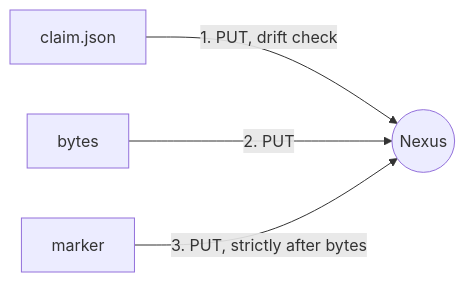
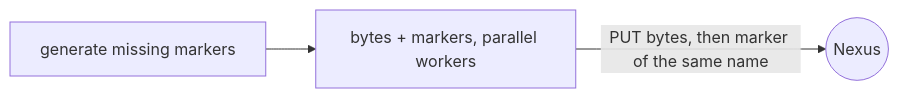
One commit to Lipen/nexus-raw changed the diagram in docs/get-started.md. Above: the diagram before and after it, drawn with Mermaid. The commit also changed other lines of this file and 21 other files, not shown here.

````diff
--- a/docs/get-started.md
+++ b/docs/get-started.md
@@ -91,6 +69,5 @@
 ```mermaid
 flowchart LR
-  A["claim.json"] -->|"1. PUT, drift check"| S(("Nexus"))
-  B["bytes"] -->|"2. PUT"| S
-  C["marker"] -->|"3. PUT, strictly after bytes"| S
+  G["generate missing markers"] --> B["bytes + markers, parallel workers"]
+  B -->|"PUT bytes, then marker of the same name"| S(("Nexus"))
 ```
````
